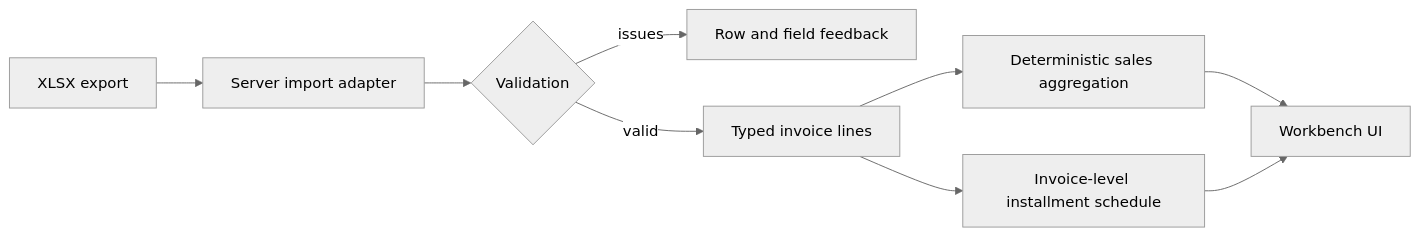
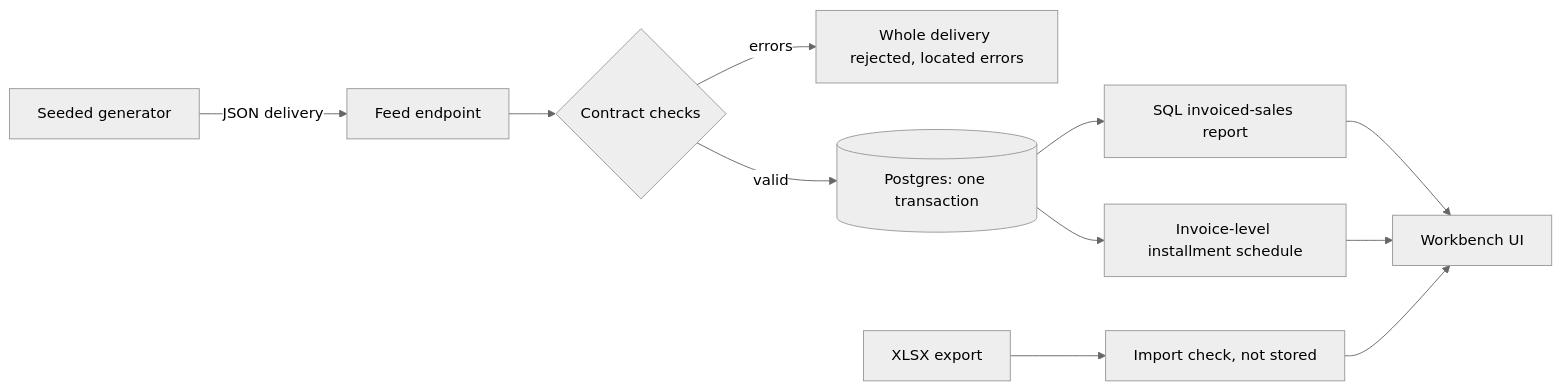
The diagram in README.md (ChamaOMister/biomix-use-cases), drawn with Mermaid (neutral theme) before and after one commit. The commit also changed other lines of this file and 60 other files, not shown here.

First line of the commit message:
Milestones 3-4: clean feed contract, synthetic generator, Postgres ingestion

````diff
--- a/README.md
+++ b/README.md
@@ -44,11 +49,12 @@
 ```mermaid
 flowchart LR
-  A[XLSX export] --> B[Server import adapter]
-  B --> C{Validation}
-  C -->|issues| D[Row and field feedback]
-  C -->|valid| E[Typed invoice lines]
-  E --> F[Deterministic sales aggregation]
+  A[Seeded generator] -->|JSON delivery| B[Feed endpoint]
+  B --> C{Contract checks}
+  C -->|errors| D[Whole delivery rejected, located errors]
+  C -->|valid| E[(Postgres: one transaction)]
+  E --> F[SQL invoiced-sales report]
   E --> G[Invoice-level installment schedule]
   F --> H[Workbench UI]
   G --> H
+  X[XLSX export] --> Y[Import check, not stored] --> H
 ```
````
